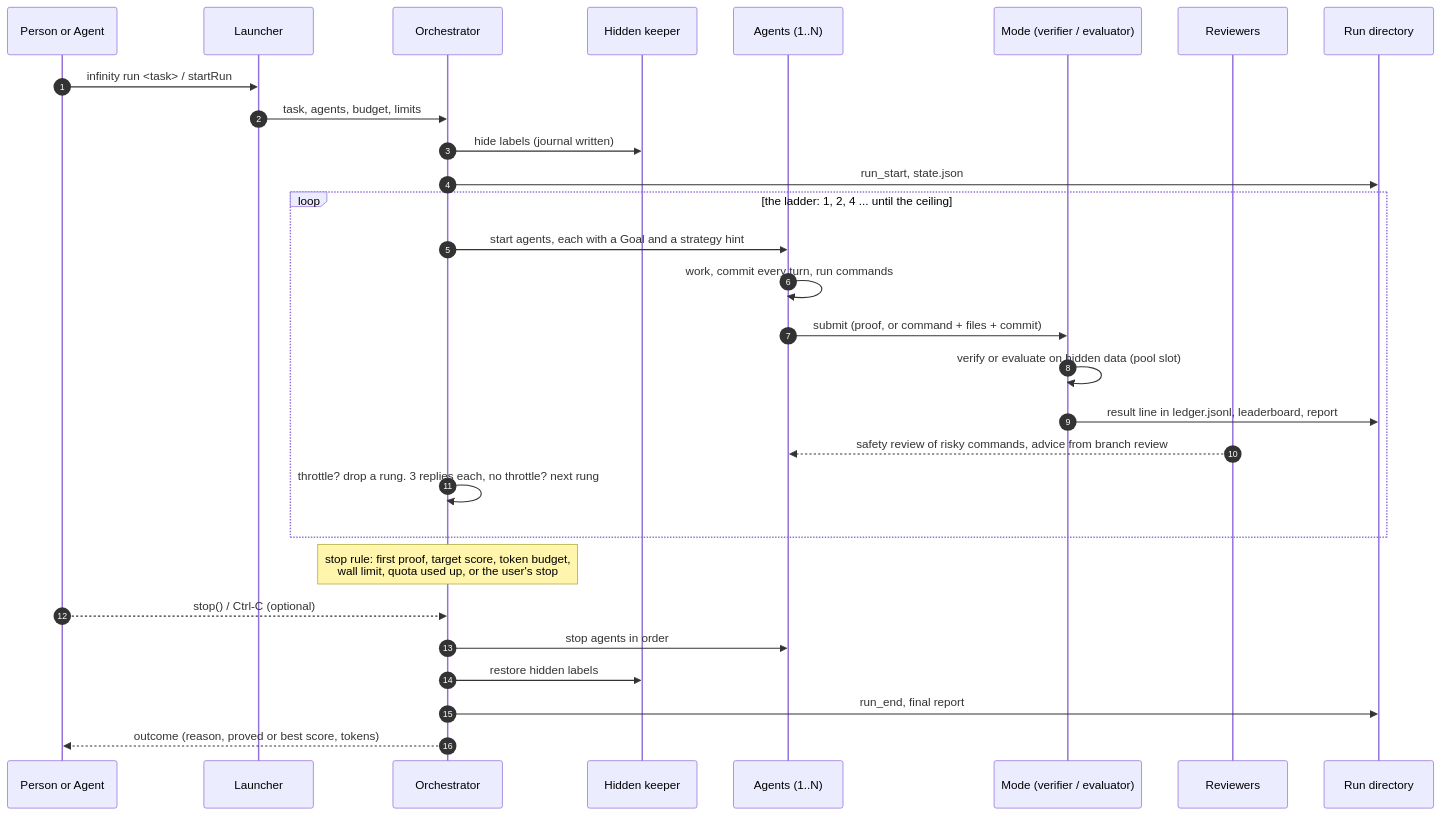
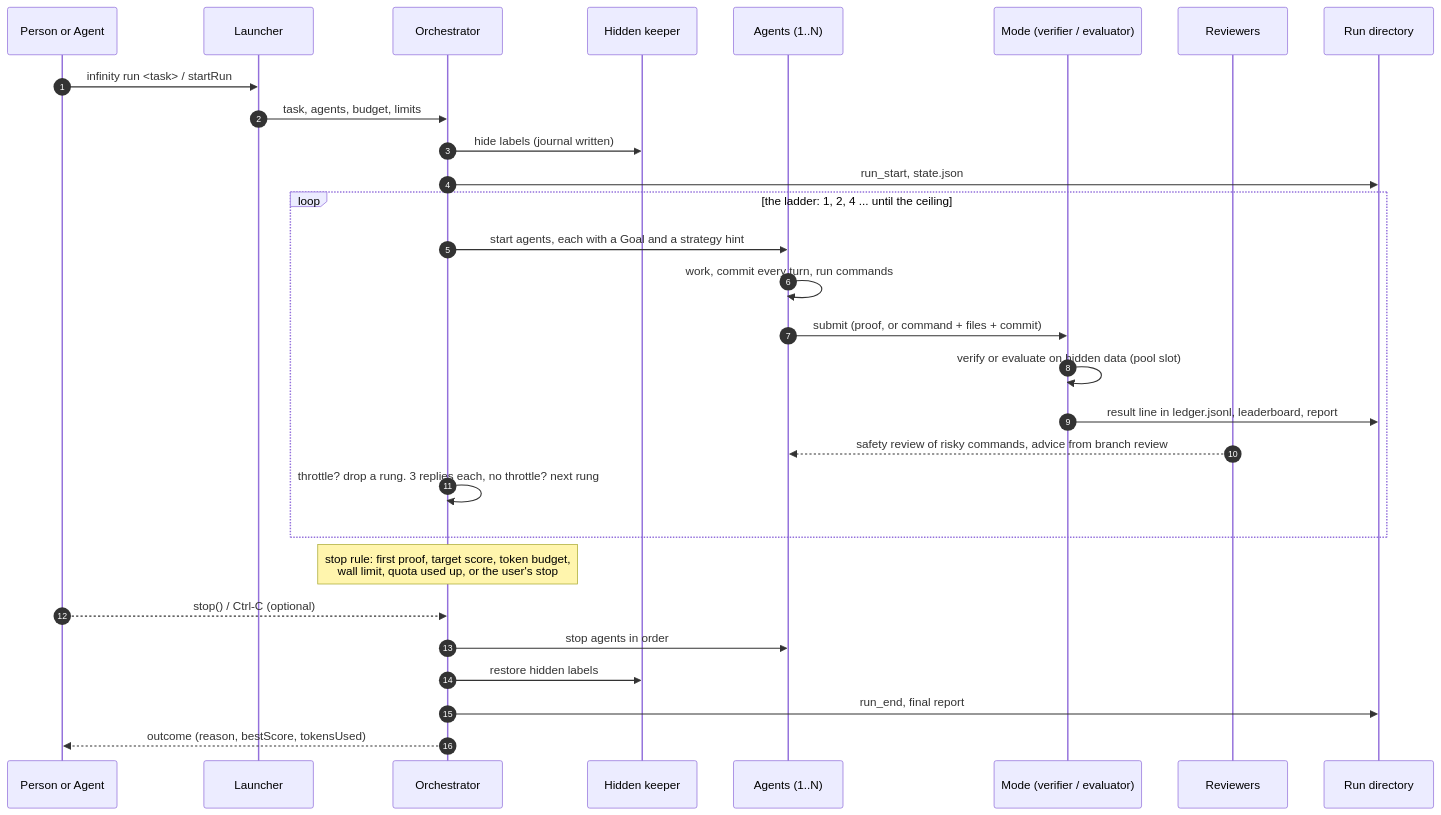
The second of 2 diagrams in README.md (Vist233/infinity_Agents), drawn with Mermaid before and after one commit. The commit also changed other lines of this file and 90 other files, not shown here.

````diff
--- a/README.md
+++ b/README.md
@@ -65,32 +67,32 @@
 ```mermaid
 sequenceDiagram
   autonumber
   participant U as Person or Agent
   participant L as Launcher
   participant O as Orchestrator
   participant K as Hidden keeper
   participant A as Agents (1..N)
   participant M as Mode (verifier / evaluator)
   participant R as Reviewers
   participant D as Run directory
 
   U->>L: infinity run <task> / startRun
   L->>O: task, agents, budget, limits
   O->>K: hide labels (journal written)
   O->>D: run_start, state.json
   loop the ladder: 1, 2, 4 ... until the ceiling
     O->>A: start agents, each with a Goal and a strategy hint
     A->>A: work, commit every turn, run commands
     A->>M: submit (proof, or command + files + commit)
     M->>M: verify or evaluate on hidden data (pool slot)
     M->>D: result line in ledger.jsonl, leaderboard, report
     R-->>A: safety review of risky commands, advice from branch review
     O->>O: throttle? drop a rung. 3 replies each, no throttle? next rung
   end
   Note over O: stop rule: first proof, target score, token budget,<br/>wall limit, quota used up, or the user's stop
   U-->>O: stop() / Ctrl-C (optional)
   O->>A: stop agents in order
   O->>K: restore hidden labels
   O->>D: run_end, final report
-  O-->>U: outcome (reason, proved or best score, tokens)
+  O-->>U: outcome (reason, bestScore, tokensUsed)
 ```
````
